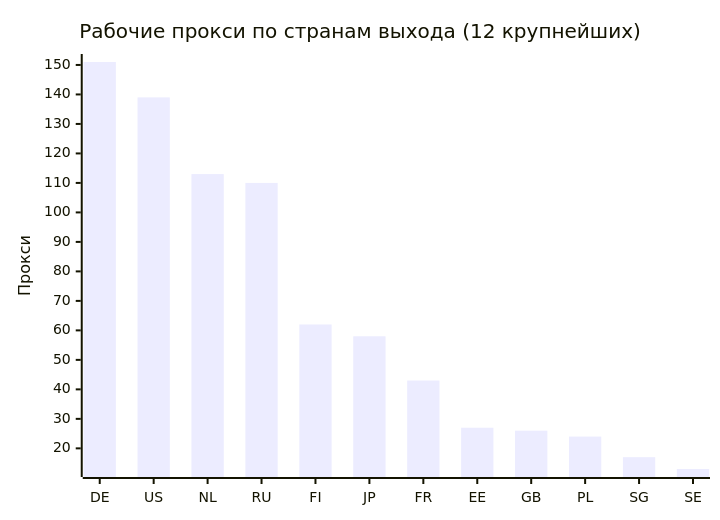
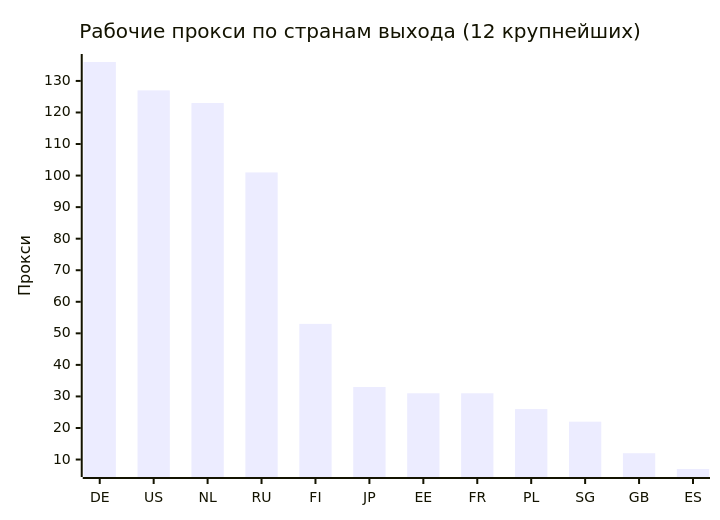
Before and after one commit to rvvg/proxy-subs: the second of 4 diagrams in README.md, drawn with Mermaid. The commit also changed other lines of this file and 56 other files, not shown here.

````diff
--- a/README.md
+++ b/README.md
@@ -132,7 +135,7 @@
 ```mermaid
 xychart-beta
     title "Рабочие прокси по странам выхода (12 крупнейших)"
-    x-axis ["DE", "US", "NL", "RU", "FI", "JP", "FR", "EE", "GB", "PL", "SG", "SE"]
+    x-axis ["DE", "US", "NL", "RU", "FI", "JP", "EE", "FR", "PL", "SG", "GB", "ES"]
     y-axis "Прокси"
-    bar [151, 139, 113, 110, 62, 58, 43, 27, 26, 24, 17, 13]
+    bar [136, 127, 123, 101, 53, 33, 31, 31, 26, 22, 12, 7]
 ```
````
